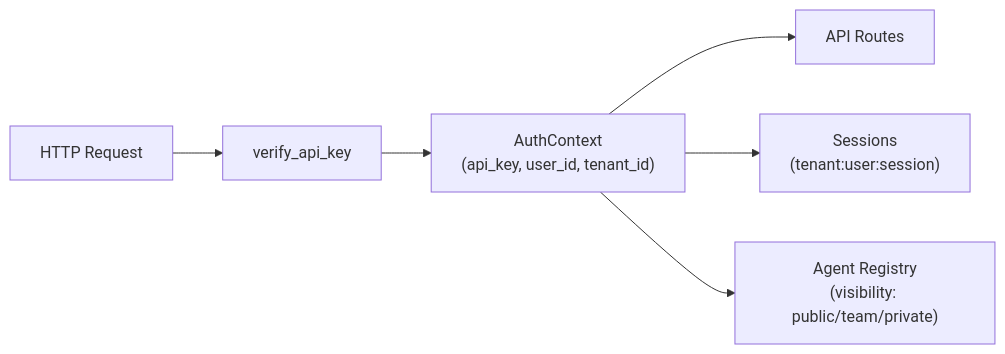
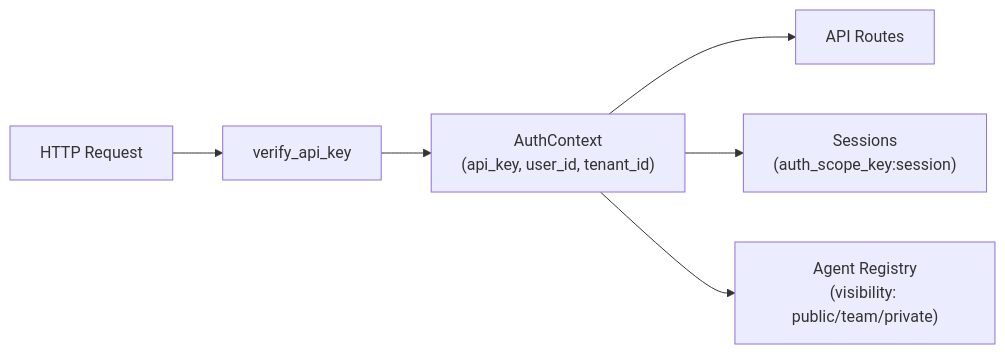
Before and after one commit to KangaKode/aiscaffold: the sixth of 6 diagrams in README.md, drawn with Mermaid. The commit also changed other lines of this file and 10 other files, not shown here.

Commit message:
Fix auth scope key collisions

````diff
--- a/README.md
+++ b/README.md
@@ -346,8 +346,8 @@
 ```mermaid
 flowchart LR
     Request[HTTP Request] --> Auth[verify_api_key]
     Auth --> AC["AuthContext\n(api_key, user_id, tenant_id)"]
     AC --> Routes[API Routes]
-    AC --> Sessions["Sessions\n(tenant:user:session)"]
+    AC --> Sessions["Sessions\n(auth_scope_key:session)"]
     AC --> Registry["Agent Registry\n(visibility: public/team/private)"]
 ```
````
